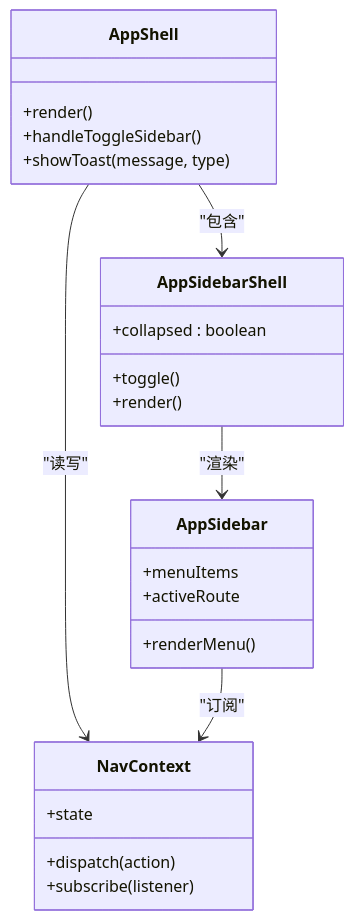
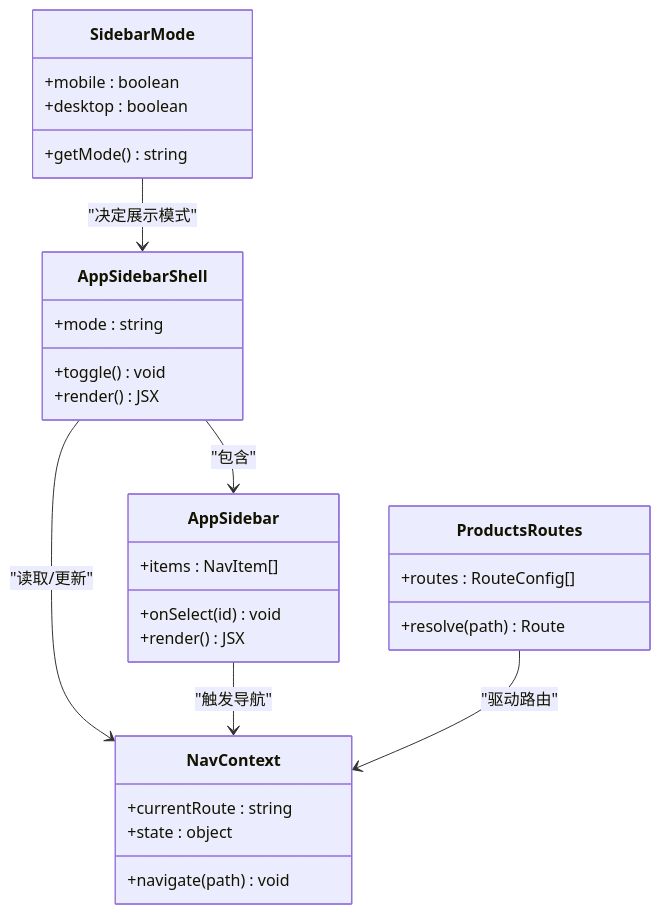
Before and after one commit to scottcwy/PurpleInk: the fourth of 8 diagrams in .qoder/repowiki/zh/content/前端架构/前端架构.md, drawn with Mermaid. The commit also changed other lines of this file and 872 other files, not shown here.

````diff
--- a/.qoder/repowiki/zh/content/前端架构/前端架构.md
+++ b/.qoder/repowiki/zh/content/前端架构/前端架构.md
@@ -194,27 +235,32 @@
 ```mermaid
 classDiagram
-class AppShell {
-+render()
-+handleToggleSidebar()
-+showToast(message, type)
-}
 class AppSidebarShell {
-+collapsed : boolean
-+toggle()
-+render()
++mode : string
++toggle() void
++render() JSX
 }
 class AppSidebar {
-+menuItems
-+activeRoute
-+renderMenu()
++items : NavItem[]
++onSelect(id) void
++render() JSX
 }
 class NavContext {
-+state
-+dispatch(action)
-+subscribe(listener)
++currentRoute : string
++navigate(path) void
++state : object
 }
-AppShell --> AppSidebarShell : "包含"
-AppSidebarShell --> AppSidebar : "渲染"
-AppShell --> NavContext : "读写"
-AppSidebar --> NavContext : "订阅"
+class ProductsRoutes {
++routes : RouteConfig[]
++resolve(path) Route
+}
+class SidebarMode {
++mobile : boolean
++desktop : boolean
++getMode() string
+}
+AppSidebarShell --> AppSidebar : "包含"
+AppSidebarShell --> NavContext : "读取/更新"
+AppSidebar --> NavContext : "触发导航"
+ProductsRoutes --> NavContext : "驱动路由"
+SidebarMode --> AppSidebarShell : "决定展示模式"
 ```
````
